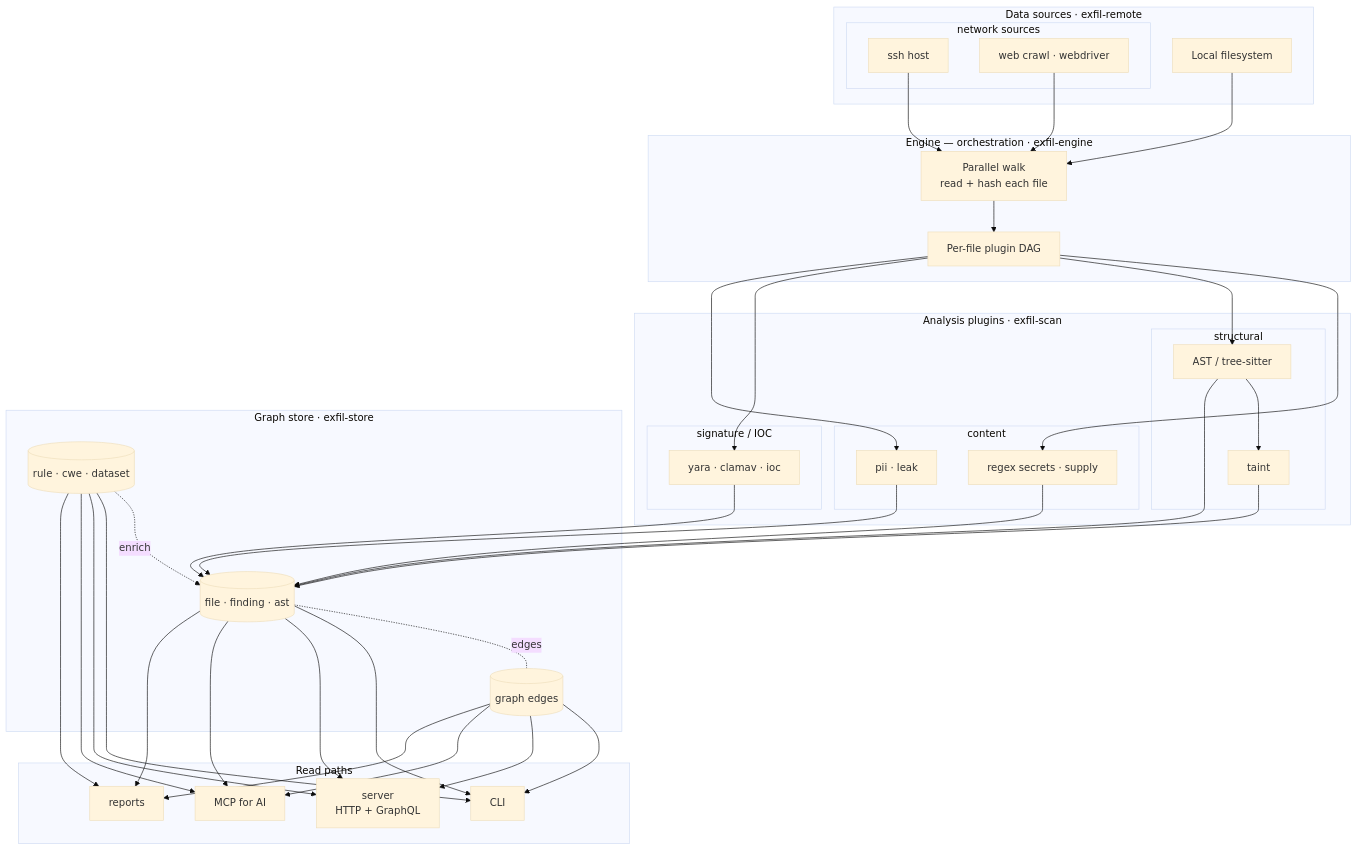
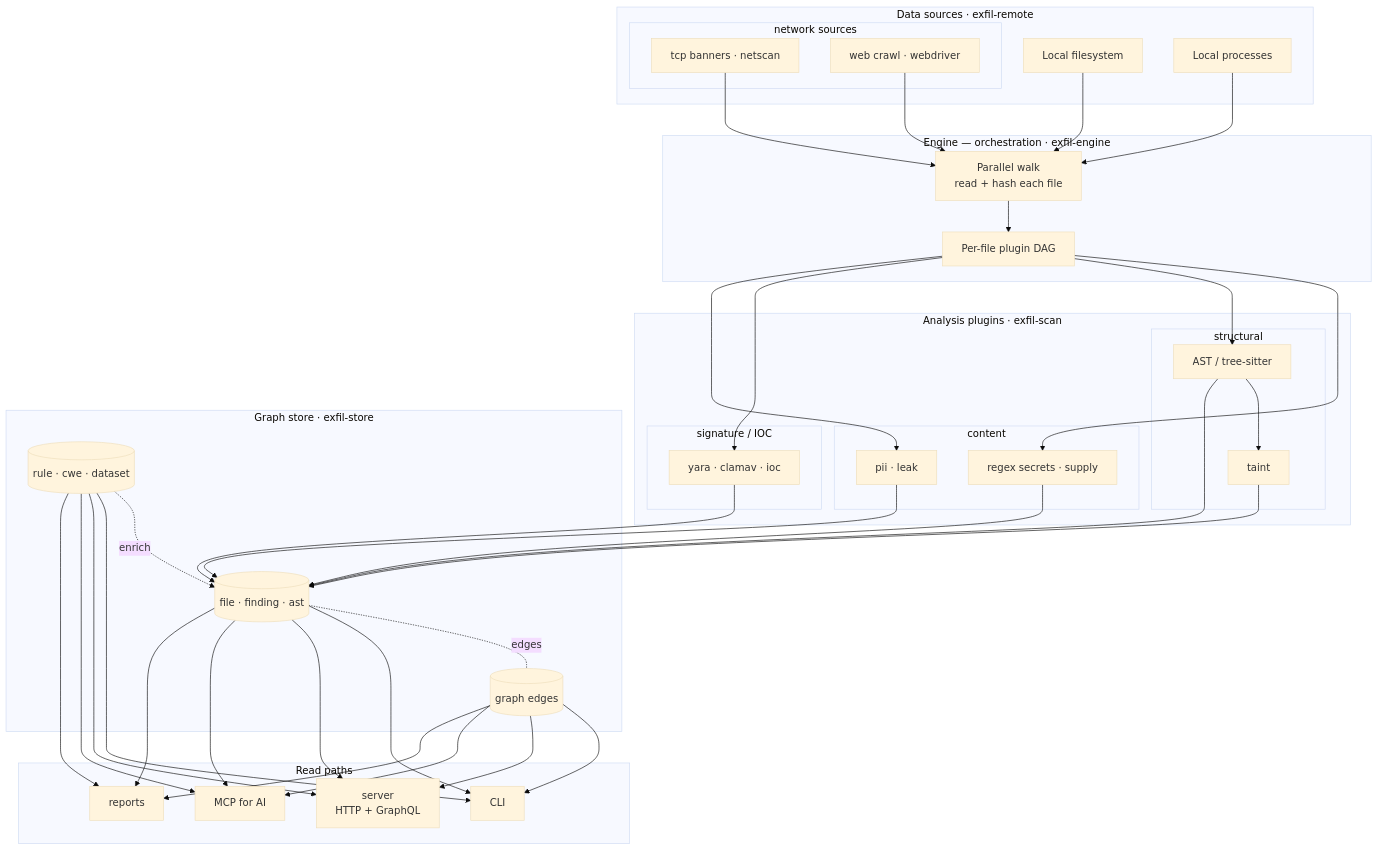
Before and after one commit to rangertaha/exfil: the diagram in docs/src/architecture/README.md, drawn with Mermaid (base theme). The commit also changed other lines of this file and 45 other files, not shown here.

````diff
--- a/docs/src/architecture/README.md
+++ b/docs/src/architecture/README.md
@@ -47,48 +47,49 @@
 ```mermaid
 flowchart TD
     subgraph Input["Data sources · exfil-remote"]
         FS[Local filesystem]
+        PROC[Local processes]
         subgraph NetSrc["network sources"]
-            SSH[ssh host]
+            TCP[tcp banners · netscan]
             WEBSRC[web crawl · webdriver]
         end
     end
     subgraph Eng["Engine — orchestration · exfil-engine"]
         WALK[Parallel walk<br/>read + hash each file]
         PIPE[Per-file plugin DAG]
     end
     subgraph Plugins["Analysis plugins · exfil-scan"]
         subgraph Content["content"]
             REGEX[regex secrets · supply]
             PII[pii · leak]
         end
         subgraph Structural["structural"]
             AST[AST / tree-sitter]
             TAINT[taint]
         end
         subgraph Sig["signature / IOC"]
             MORE[yara · clamav · ioc]
         end
     end
     subgraph Store["Graph store · exfil-store"]
         FILES[(file · finding · ast)]
         REF[(rule · cwe · dataset)]
         EDGES[(graph edges)]
     end
     subgraph Out["Read paths"]
         CLI[CLI]
         SERVER[server<br/>HTTP + GraphQL]
         MCP[MCP for AI]
         REP[reports]
     end
 
     FS --> WALK
-    SSH & WEBSRC --> WALK
+    PROC & TCP & WEBSRC --> WALK
     WALK --> PIPE
     PIPE --> REGEX & AST & MORE & PII
     AST --> TAINT
     REGEX & AST & TAINT & MORE & PII --> FILES
     FILES -.edges.- EDGES
     REF -. enrich .-> FILES
     FILES & REF & EDGES --> CLI & SERVER & MCP & REP
 ```
````
